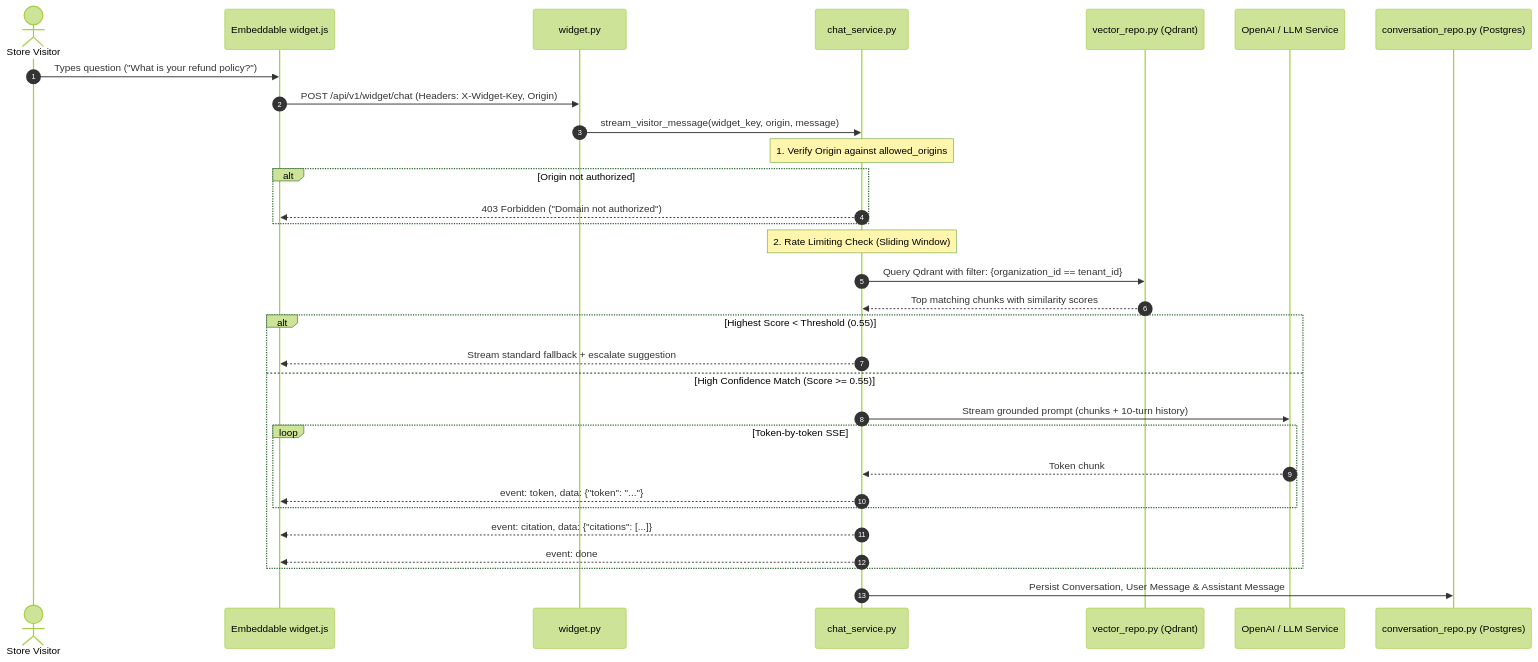
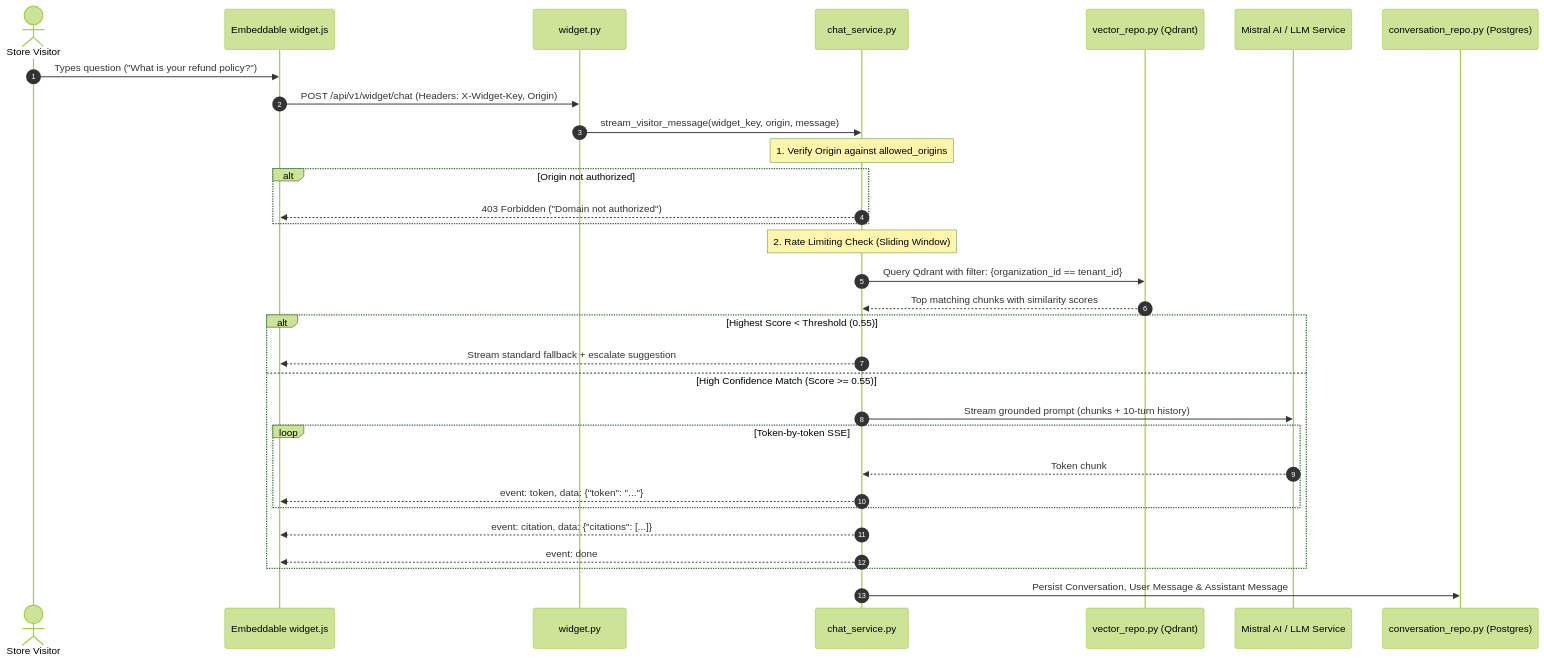
One commit to 0xabdullah27/resolvdesk changed the fifth of 6 diagrams in BACKEND_ARCHITECTURE.md. Above: the diagram before and after it, drawn with Mermaid (forest theme). The commit also changed other lines of this file, not shown here.

Commit message:
docs: correct backend tech stack with active Cohere v3, Mistral AI, and Qdrant 1024-dim config

````diff
--- a/BACKEND_ARCHITECTURE.md
+++ b/BACKEND_ARCHITECTURE.md
@@ -273,40 +274,40 @@
 ```mermaid
 sequenceDiagram
     autonumber
     actor Visitor as Store Visitor
     participant Widget as Embeddable widget.js
     participant ChatRouter as widget.py
     participant ChatService as chat_service.py
     participant VectorRepo as vector_repo.py (Qdrant)
-    participant LLM as OpenAI / LLM Service
+    participant LLM as Mistral AI / LLM Service
     participant ConvRepo as conversation_repo.py (Postgres)
 
     Visitor->>Widget: Types question ("What is your refund policy?")
     Widget->>ChatRouter: POST /api/v1/widget/chat (Headers: X-Widget-Key, Origin)
     
     ChatRouter->>ChatService: stream_visitor_message(widget_key, origin, message)
     
     Note over ChatService: 1. Verify Origin against allowed_origins
     alt Origin not authorized
         ChatService-->>Widget: 403 Forbidden ("Domain not authorized")
     end
 
     Note over ChatService: 2. Rate Limiting Check (Sliding Window)
     
     ChatService->>VectorRepo: Query Qdrant with filter: {organization_id == tenant_id}
     VectorRepo-->>ChatService: Top matching chunks with similarity scores
 
     alt Highest Score < Threshold (0.55)
         ChatService-->>Widget: Stream standard fallback + escalate suggestion
     else High Confidence Match (Score >= 0.55)
         ChatService->>LLM: Stream grounded prompt (chunks + 10-turn history)
         loop Token-by-token SSE
             LLM-->>ChatService: Token chunk
             ChatService-->>Widget: event: token, data: {"token": "..."}
         end
         ChatService-->>Widget: event: citation, data: {"citations": [...]}
         ChatService-->>Widget: event: done
     end
 
     ChatService->>ConvRepo: Persist Conversation, User Message & Assistant Message
 ```
````
